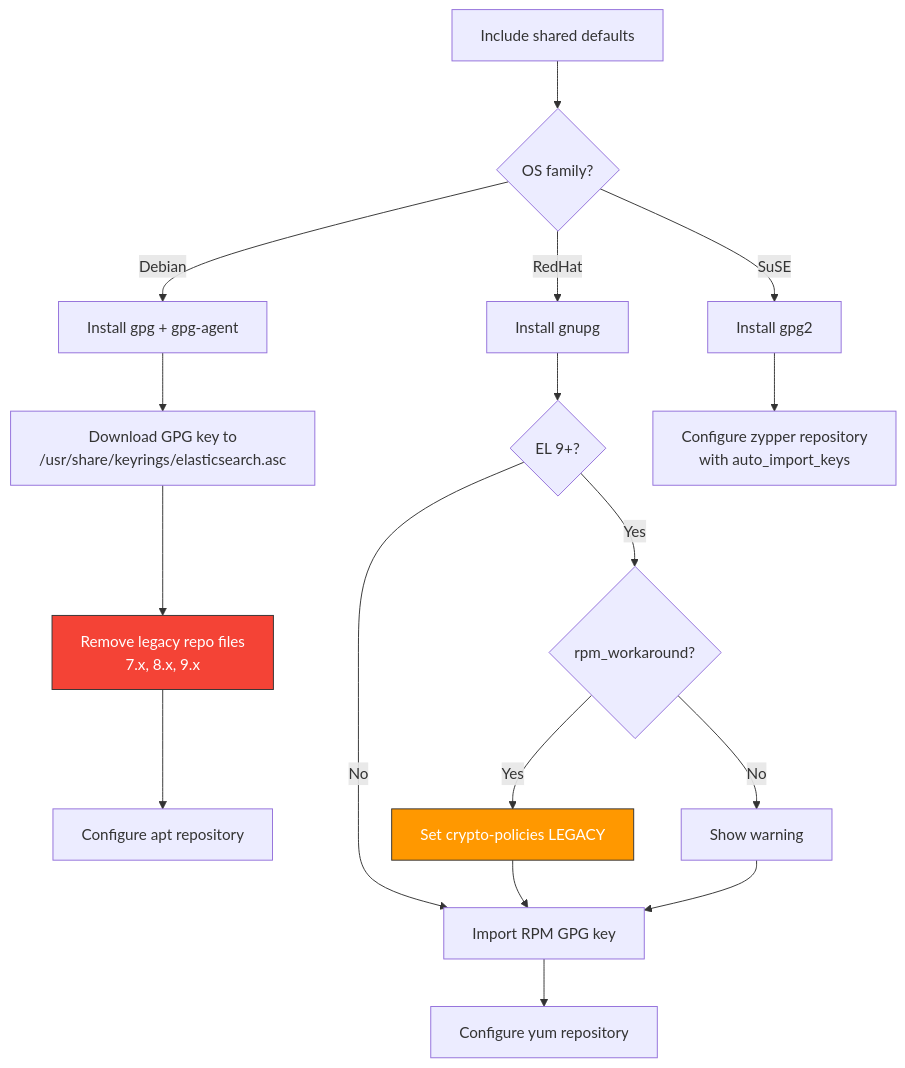
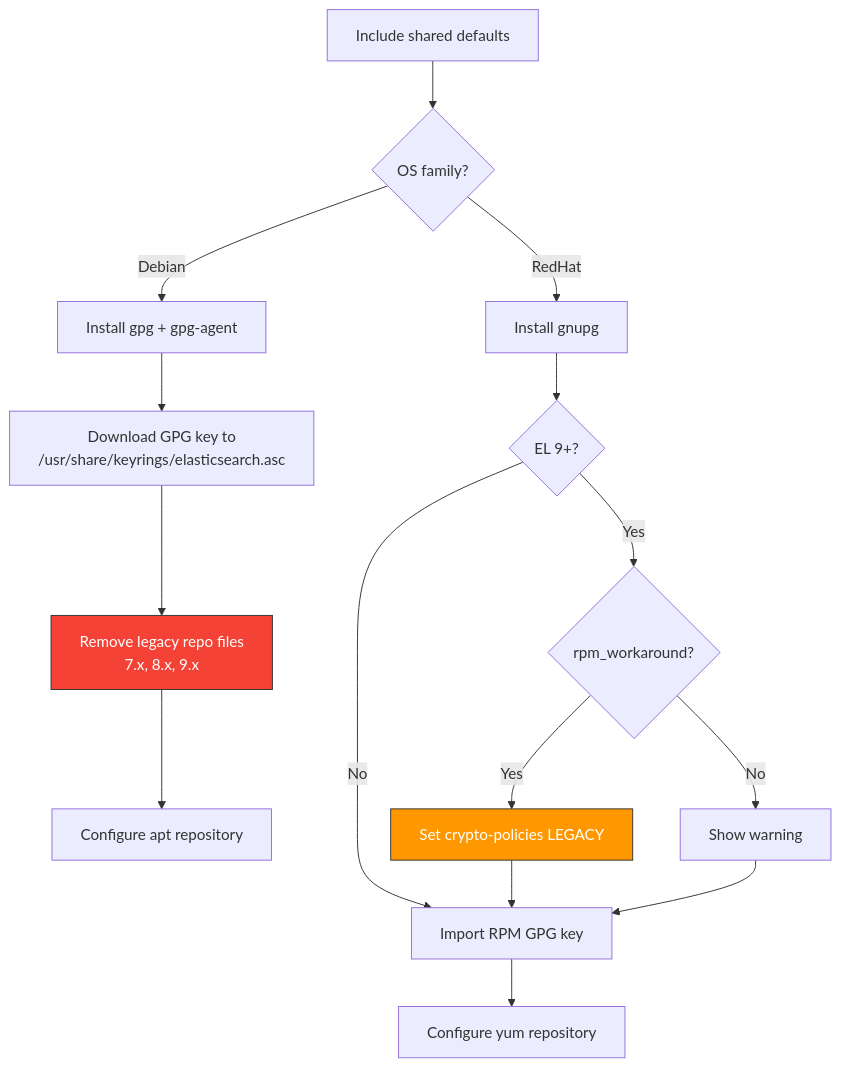
One commit to Oddly/elasticstack changed the diagram in docs/wiki/Roles-repos.md. Above: the diagram before and after it, drawn with Mermaid. The commit also changed other lines of this file and 4 other files, not shown here.

````diff
--- a/docs/wiki/Roles-repos.md
+++ b/docs/wiki/Roles-repos.md
@@ -9,25 +9,23 @@
 ```mermaid
 graph TD
     A[Include shared defaults] --> B{OS family?}
     B -->|Debian| C[Install gpg + gpg-agent]
     B -->|RedHat| D[Install gnupg]
-    B -->|SuSE| E[Install gpg2]
+
 
     C --> F[Download GPG key to<br/>/usr/share/keyrings/elasticsearch.asc]
     F --> G[Remove legacy repo files<br/>7.x, 8.x, 9.x]
     G --> H[Configure apt repository]
 
     D --> I{EL 9+?}
     I -->|Yes| J{rpm_workaround?}
     J -->|Yes| K[Set crypto-policies LEGACY]
     J -->|No| L[Show warning]
     I -->|No| M[Import RPM GPG key]
     K --> M
     L --> M
     M --> N[Configure yum repository]
 
-    E --> O[Configure zypper repository<br/>with auto_import_keys]
-
     style K fill:#ff9800,stroke:#333,color:#fff
     style G fill:#f44336,stroke:#333,color:#fff
 ```
````
